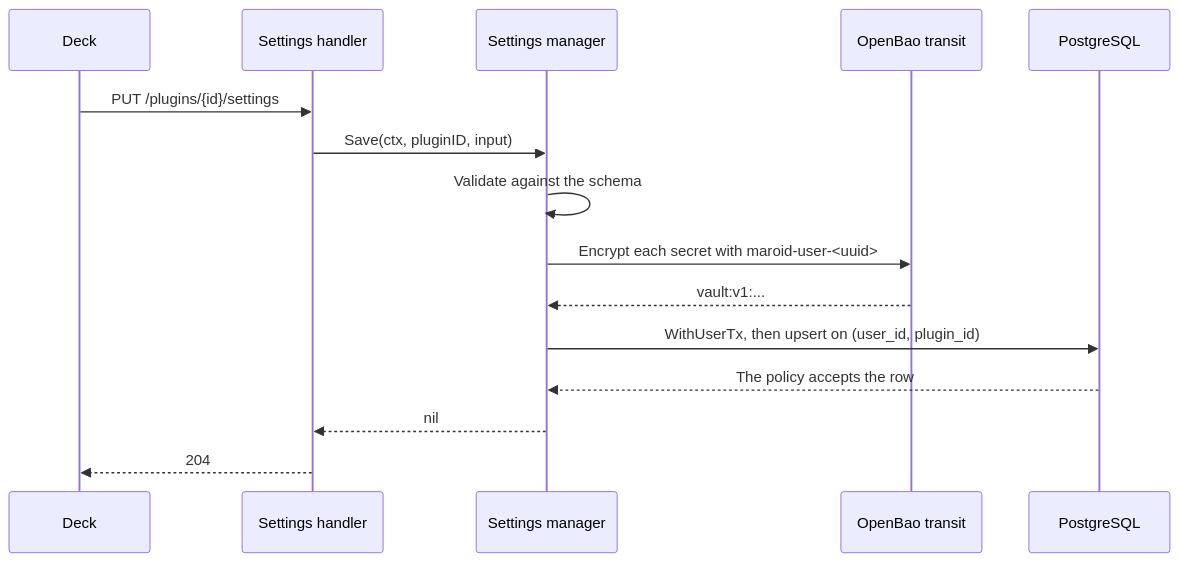
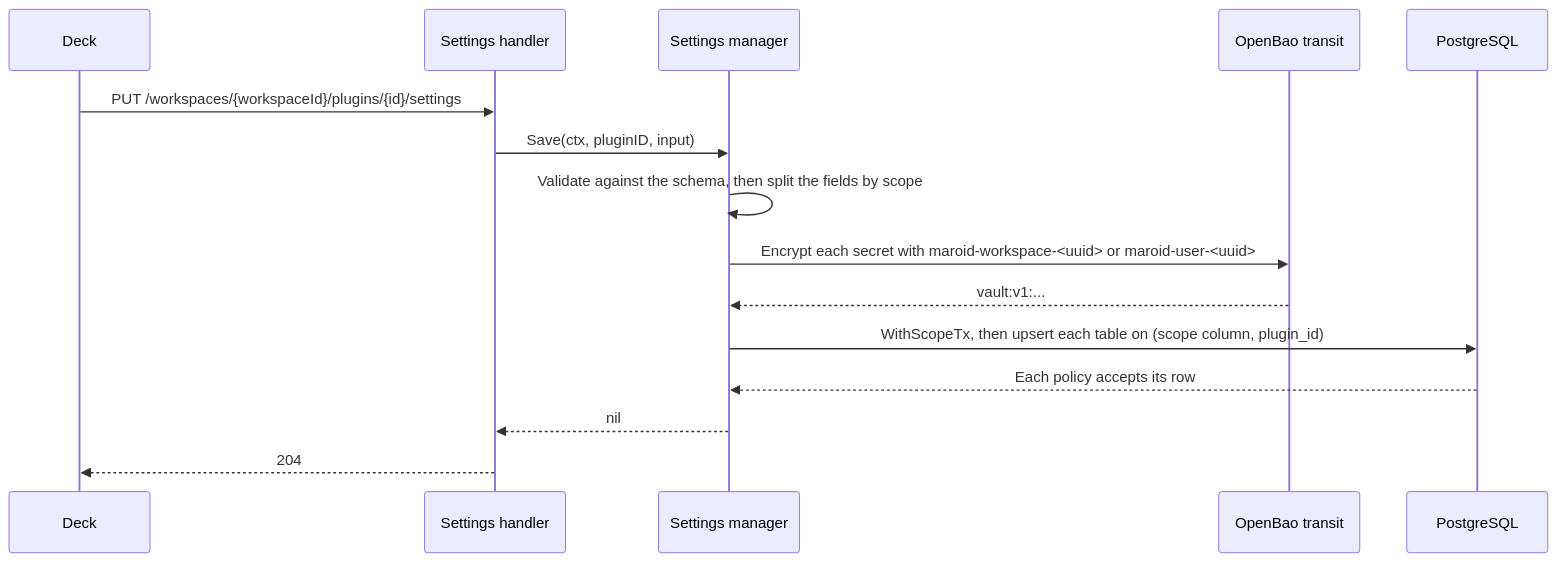
Before and after one commit to ABGEO/maroid: the first of 2 diagrams in specs/features/pset/spec.md, drawn with Mermaid. The commit also changed other lines of this file and 38 other files, not shown here.

Commit message:
docs(specs): make the workspace the tenant of every plugin row

````diff
--- a/specs/features/pset/spec.md
+++ b/specs/features/pset/spec.md
@@ -331,17 +365,17 @@
 ```mermaid
 sequenceDiagram
     participant D as Deck
     participant H as Settings handler
     participant S as Settings manager
     participant B as OpenBao transit
     participant P as PostgreSQL
-    D->>H: PUT /plugins/{id}/settings
+    D->>H: PUT /workspaces/{workspaceId}/plugins/{id}/settings
     H->>S: Save(ctx, pluginID, input)
-    S->>S: Validate against the schema
-    S->>B: Encrypt each secret with maroid-user-<uuid>
+    S->>S: Validate against the schema, then split the fields by scope
+    S->>B: Encrypt each secret with maroid-workspace-<uuid> or maroid-user-<uuid>
     B-->>S: vault:v1:...
-    S->>P: WithUserTx, then upsert on (user_id, plugin_id)
-    P-->>S: The policy accepts the row
+    S->>P: WithScopeTx, then upsert each table on (scope column, plugin_id)
+    P-->>S: Each policy accepts its row
     S-->>H: nil
     H-->>D: 204
 ```
````
